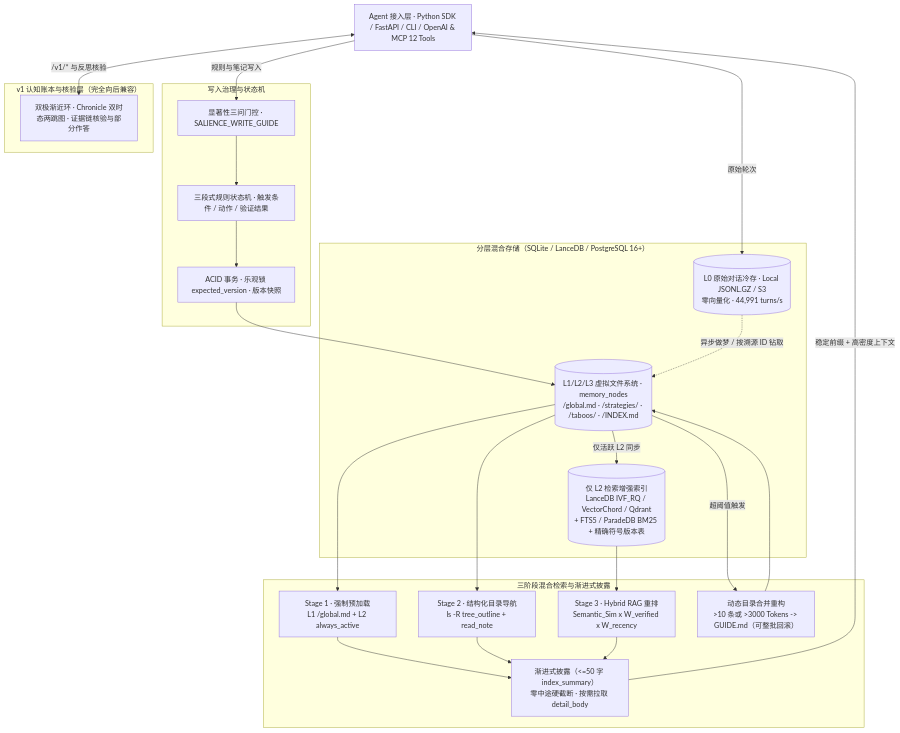
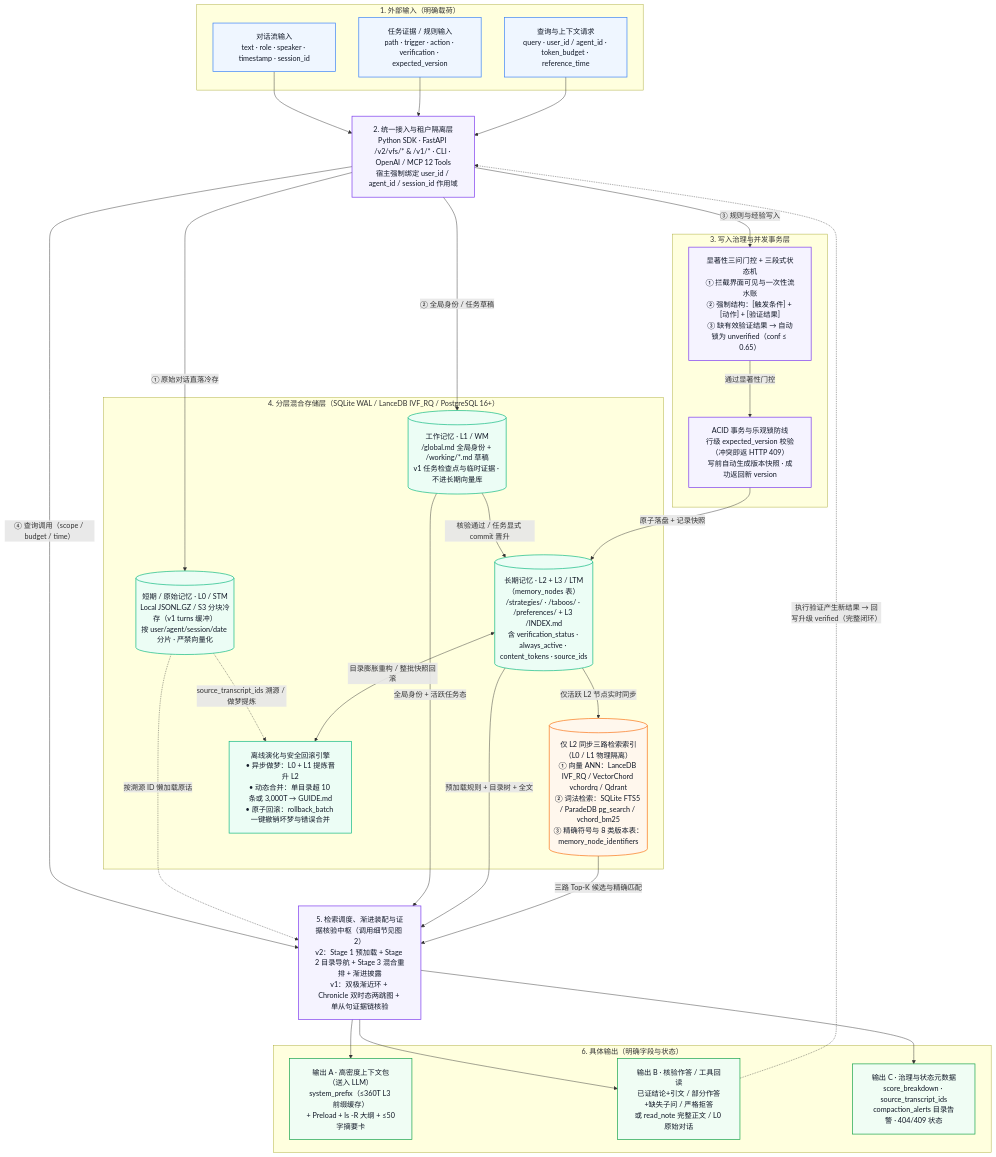
The first of 2 diagrams in README.md (songhangze985-eng/agent-memory-engine), drawn with Mermaid before and after one commit. The commit also changed other lines of this file, not shown here.

Commit message:
docs(readme): upgrade architecture diagrams into 2 closed-loop, spacious, payload-explicit Mermaid views

````diff
--- a/README.md
+++ b/README.md
@@ -13,45 +19,71 @@
 ```mermaid
-flowchart TD
-  Client["Agent 接入层 · Python SDK / FastAPI / CLI / OpenAI & MCP 12 Tools"]
-
-  subgraph WriteLayer["写入治理与状态机"]
-    Salience["显著性三问门控 · SALIENCE_WRITE_GUIDE"]
-    RuleSM["三段式规则状态机 · 触发条件 / 动作 / 验证结果"]
-    OptLock["ACID 事务 · 乐观锁 expected_version · 版本快照"]
-    Salience --> RuleSM --> OptLock
+%%{init: {'flowchart': {'nodeSpacing': 52, 'rankSpacing': 58, 'curve': 'basis', 'padding': 18}}}%%
+flowchart TB
+  subgraph Inputs["1. 外部输入（明确载荷）"]
+    InDlg["对话流输入<br/>text · role · speaker · timestamp · session_id"]
+    InRule["任务证据 / 规则输入<br/>path · trigger · action · verification · expected_version"]
+    InQry["查询与上下文请求<br/>query · user_id / agent_id · token_budget · reference_time"]
   end
 
-  subgraph StorageLayer["分层混合存储（SQLite / LanceDB / PostgreSQL 16+）"]
-    L0[("L0 原始对话冷存 · Local JSONL.GZ / S3\n零向量化 · 44,991 turns/s")]
-    VFS[("L1/L2/L3 虚拟文件系统 · memory_nodes\n/global.md · /strategies/ · /taboos/ · /INDEX.md")]
-    L2Idx[("仅 L2 检索增强索引\nLanceDB IVF_RQ / VectorChord / Qdrant\n+ FTS5 / ParadeDB BM25 + 精确符号版本表")]
-    VFS -->|仅活跃 L2 同步| L2Idx
+  Gateway["2. 统一接入与租户隔离层<br/>Python SDK · FastAPI /v2/vfs/* & /v1/* · CLI · OpenAI / MCP 12 Tools<br/>宿主强制绑定 user_id / agent_id / session_id 作用域"]
+
+  subgraph WriteGov["3. 写入治理与并发事务层"]
+    Gate["显著性三问门控 + 三段式状态机<br/>① 拦截界面可见与一次性流水账<br/>② 强制结构：[触发条件] + [动作] + [验证结果]<br/>③ 缺有效验证结果 → 自动锁为 unverified（conf ≤ 0.65）"]
+    Tx["ACID 事务与乐观锁防线<br/>行级 expected_version 校验（冲突即返 HTTP 409）<br/>写前自动生成版本快照 · 成功返回新 version"]
+    Gate -->|"通过显著性门控"| Tx
   end
 
-  subgraph RetrievalLayer["三阶段混合检索与渐进式披露"]
-    S1["Stage 1 · 强制预加载\nL1 /global.md + L2 always_active"]
-    S2["Stage 2 · 结构化目录导航\nls -R tree_outline + read_note"]
-    S3["Stage 3 · Hybrid RAG 重排\nSemantic_Sim x W_verified x W_recency"]
-    PD["渐进式披露（<=50 字 index_summary）\n零中途硬截断 · 按需拉取 detail_body"]
-    Compact["动态目录合并重构\n>10 条或 >3000 Tokens -> GUIDE.md（可整批回滚）"]
+  subgraph Storage["4. 分层混合存储层（SQLite WAL / LanceDB IVF_RQ / PostgreSQL 16+）"]
+    L0[("短期 / 原始记忆 · L0 / STM<br/>Local JSONL.GZ / S3 分块冷存（v1 turns 缓冲）<br/>按 user/agent/session/date 分片 · 严禁向量化")]
+    L1[("工作记忆 · L1 / WM<br/>/global.md 全局身份 + /working/*.md 草稿<br/>v1 任务检查点与临时证据 · 不进长期向量库")]
+    L2[("长期记忆 · L2 + L3 / LTM（memory_nodes 表）<br/>/strategies/ · /taboos/ · /preferences/ + L3 /INDEX.md<br/>含 verification_status · always_active · content_tokens · source_ids")]
+    L2Idx[("仅 L2 同步三路检索索引（L0 / L1 物理隔离）<br/>① 向量 ANN：LanceDB IVF_RQ / VectorChord vchordrq / Qdrant<br/>② 词法检索：SQLite FTS5 / ParadeDB pg_search / vchord_bm25<br/>③ 精确符号与 8 类版本表：memory_node_identifiers")]
+    Evo["离线演化与安全回滚引擎<br/>• 异步做梦：L0 + L1 提炼晋升 L2<br/>• 动态合并：单目录超 10 条或 3,000T → GUIDE.md<br/>• 原子回滚：rollback_batch 一键撤销坏梦与错误合并"]
+
+    L0 -.->|"source_transcript_ids 溯源 / 做梦提炼"| Evo
+    L1 -->|"核验通过 / 任务显式 commit 晋升"| L2
+    L2 -->|"仅活跃 L2 节点实时同步"| L2Idx
+    L2 <-->|"目录膨胀重构 / 整批快照回滚"| Evo
   end
 
-  subgraph V1Compat["v1 认知账本与核验层（完全向后兼容）"]
-    Ledger["双极渐近环 · Chronicle 双时态两跳图 · 证据链核验与部分作答"]
+  Engine["5. 检索调度、渐进装配与证据核验中枢（调用细节见图 2）<br/>v2：Stage 1 预加载 + Stage 2 目录导航 + Stage 3 混合重排 + 渐进披露<br/>v1：双极渐近环 + Chronicle 双时态两跳图 + 单从句证据链核验"]
+
+  subgraph Outputs["6. 具体输出（明确字段与状态）"]
+    OutCtx["输出 A · 高密度上下文包（送入 LLM）<br/>system_prefix（≤360T L3 前缀缓存）<br/>+ Preload + ls -R 大纲 + ≤50字摘要卡"]
+    OutAns["输出 B · 核验作答 / 工具回读<br/>已证结论+引文 / 部分作答+缺失子问 / 严格拒答<br/>或 read_note 完整正文 / L0 原始对话"]
+    OutMeta["输出 C · 治理与状态元数据<br/>score_breakdown · source_transcript_ids<br/>compaction_alerts 目录告警 · 404/409 状态"]
   end
 
-  Client -->|原始轮次| L0
-  Client -->|规则与笔记写入| Salience
-  OptLock --> VFS
-  L0 -.->|异步做梦 / 按溯源 ID 钻取| VFS
-  VFS --> S1
-  VFS --> S2
-  L2Idx --> S3
-  S1 --> PD
-  S2 --> PD
-  S3 --> PD
-  VFS -->|超阈值触发| Compact
-  Compact --> VFS
-  PD -->|稳定前缀 + 高密度上下文| Client
-  Client <-->|/v1/* 与反思核验| Ledger
+  InDlg --> Gateway
+  InRule --> Gateway
+  InQry --> Gateway
+
+  Gateway -->|"① 原始对话直落冷存"| L0
+  Gateway -->|"② 全局身份 / 任务草稿"| L1
+  Gateway -->|"③ 规则与经验写入"| Gate
+  Gateway -->|"④ 查询调用（scope / budget / time）"| Engine
+
+  Tx -->|"原子落盘 + 记录快照"| L2
+
+  L0 -.->|"按溯源 ID 懒加载原话"| Engine
+  L1 -->|"全局身份 + 活跃任务态"| Engine
+  L2 -->|"预加载规则 + 目录树 + 全文"| Engine
+  L2Idx -->|"三路 Top-K 候选与精确匹配"| Engine
+
+  Engine --> OutCtx
+  Engine --> OutAns
+  Engine --> OutMeta
+
+  OutAns -.->|"执行验证产生新结果 → 回写升级 verified（完整闭环）"| Gateway
+
+  classDef io fill:#eff6ff,stroke:#3b82f6,stroke-width:1.5px,color:#111827
+  classDef ctrl fill:#f5f3ff,stroke:#7c3aed,stroke-width:1.5px,color:#111827
+  classDef store fill:#ecfdf5,stroke:#10b981,stroke-width:1.5px,color:#111827
+  classDef idx fill:#fff7ed,stroke:#f97316,stroke-width:1.5px,color:#111827
+  classDef out fill:#f0fdf4,stroke:#16a34a,stroke-width:1.5px,color:#111827
+  class InDlg,InRule,InQry io
+  class Gateway,Gate,Tx,Engine ctrl
+  class L0,L1,L2,Evo store
+  class L2Idx idx
+  class OutCtx,OutAns,OutMeta out
 ```
````
